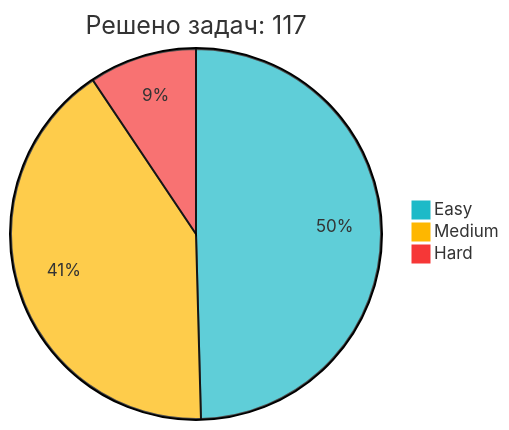
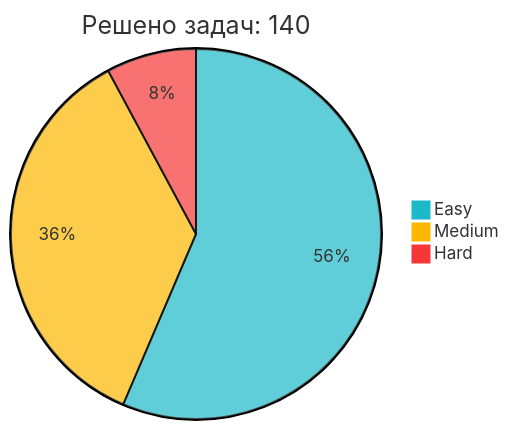
The diagram in README.md (IliaKurdukov/IliaKurdukov), drawn with Mermaid before and after one commit. The commit also changed other lines of this file, not shown here.

Commit message:
📈 Обновление статистики LeetCode

````diff
--- a/README.md
+++ b/README.md
@@ -51,7 +51,7 @@
 ```mermaid
 %%{init: {'theme': 'base', 'themeVariables': { 'pie1': '#1CBAC8', 'pie2': '#FEB700', 'pie3': '#F63737' }, 'config': {'width': 300, 'height': 200}}}%%
-pie title Решено задач: 117
-   "Easy" : 58
-   "Medium" : 48
+pie title Решено задач: 140
+   "Easy" : 79
+   "Medium" : 50
    "Hard" : 11
 ```
````
